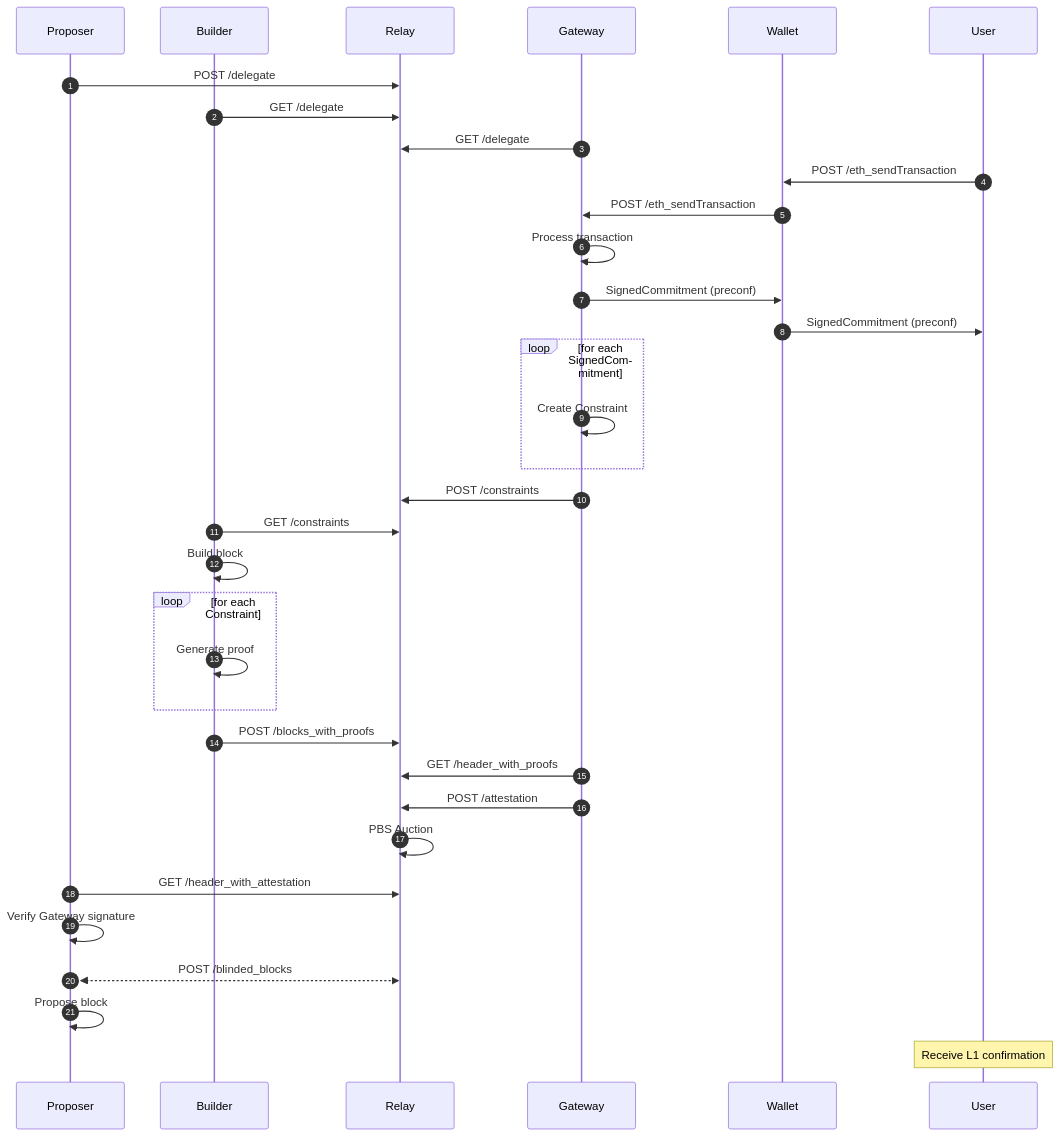
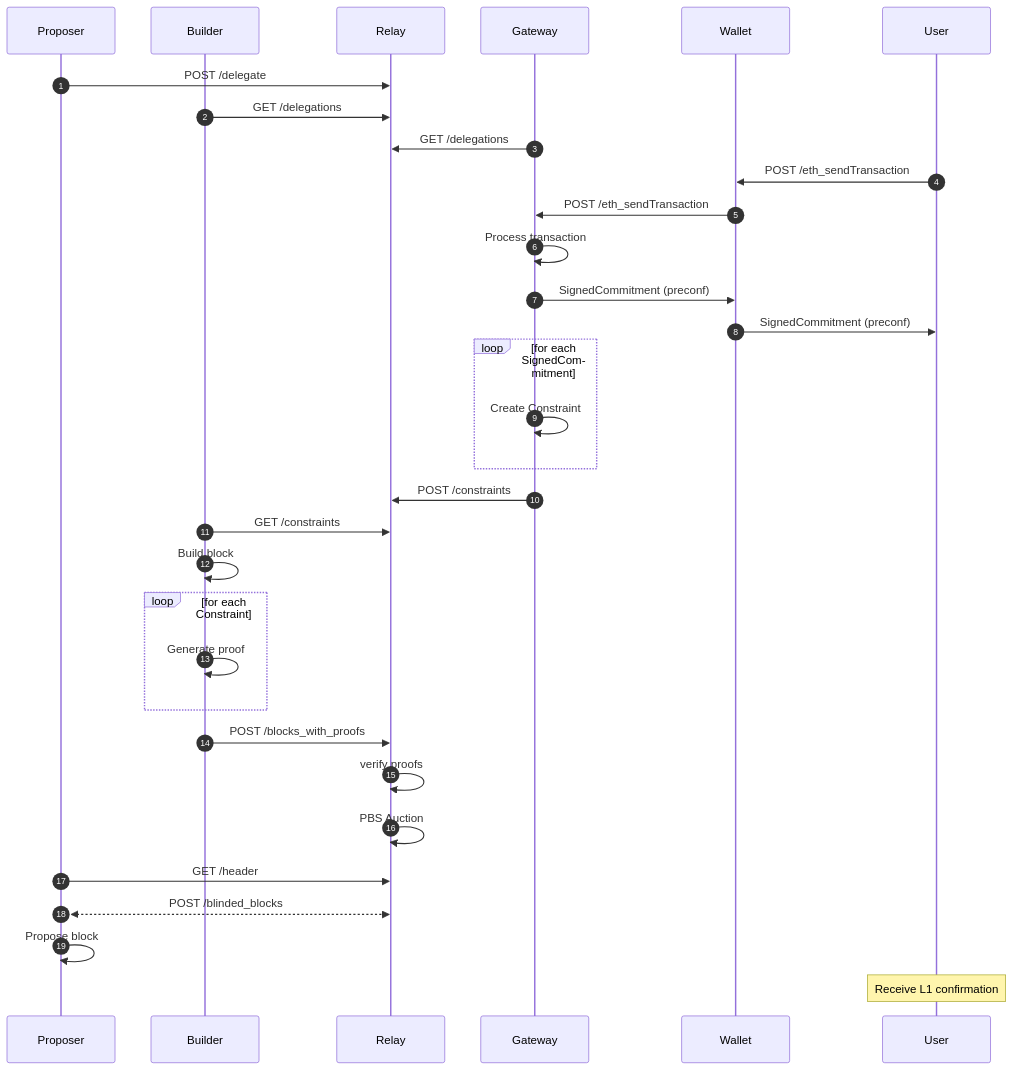
The diagram in specs/constraints-api.md (eth-fabric/constraints-specs), drawn with Mermaid before and after one commit. The commit also changed other lines of this file and 1 other file, not shown here.

````diff
--- a/specs/constraints-api.md
+++ b/specs/constraints-api.md
@@ -623,38 +449,36 @@
 ```mermaid
 sequenceDiagram
 autonumber
     participant Proposer
     participant Builder
     participant Relay
     participant Gateway
     participant Wallet
     participant User
 
     Proposer->>Relay: POST /delegate
-    Builder->>Relay: GET /delegate
-    Gateway->>Relay: GET /delegate
+    Builder->>Relay: GET /delegations
+    Gateway->>Relay: GET /delegations
     User->>Wallet: POST /eth_sendTransaction
     Wallet->>Gateway: POST /eth_sendTransaction
     Gateway->>Gateway: Process transaction
     Gateway->>Wallet: SignedCommitment (preconf)
     Wallet->>User: SignedCommitment (preconf)
     Loop for each SignedCommitment
         Gateway->>Gateway: Create Constraint
     end
     Gateway->>Relay: POST /constraints
     Builder->>Relay: GET /constraints
     Builder->>Builder: Build block
 
     Loop for each Constraint
         Builder->>Builder: Generate proof
     end
     Builder->>Relay: POST /blocks_with_proofs
-    Gateway->>Relay: GET /header_with_proofs
-    Gateway->>Relay: POST /attestation
+    Relay->>Relay: verify proofs
     Relay->>Relay: PBS Auction
-    Proposer->>Relay: GET /header_with_attestation
-    Proposer->>Proposer: Verify Gateway signature
+    Proposer->>Relay: GET /header
     Proposer<<-->>Relay: POST /blinded_blocks
     Proposer->>Proposer: Propose block
     Note over User: Receive L1 confirmation
 ```
````
